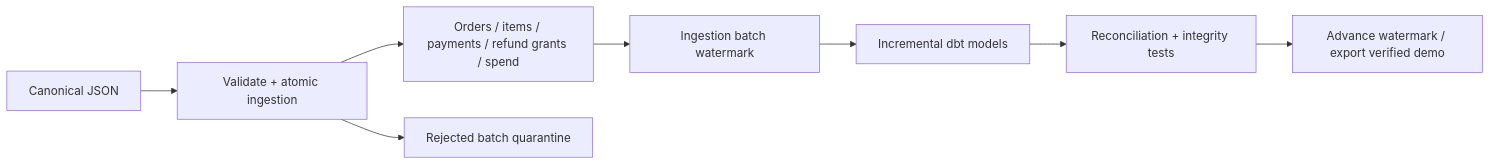
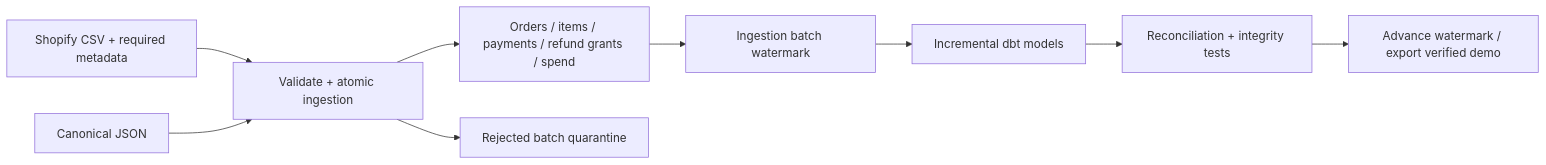
One commit to sarfaraz-create/merchantOps changed the diagram in README.md. Above: the diagram before and after it, drawn with Mermaid. The commit also changed other lines of this file and 21 other files, not shown here.

Commit message:
Add strictly reconciled offline Shopify CSV adapter and verified example

````diff
--- a/README.md
+++ b/README.md
@@ -45,10 +54,11 @@
 ```mermaid
 flowchart LR
+ S[Shopify CSV + required metadata] --> B
  A[Canonical JSON] --> B[Validate + atomic ingestion]
  B --> C[Orders / items / payments / refund grants / spend]
  B --> Q[Rejected batch quarantine]
  C --> D[Ingestion batch watermark]
  D --> E[Incremental dbt models]
  E --> F[Reconciliation + integrity tests]
  F --> G[Advance watermark / export verified demo]
 ```
````
